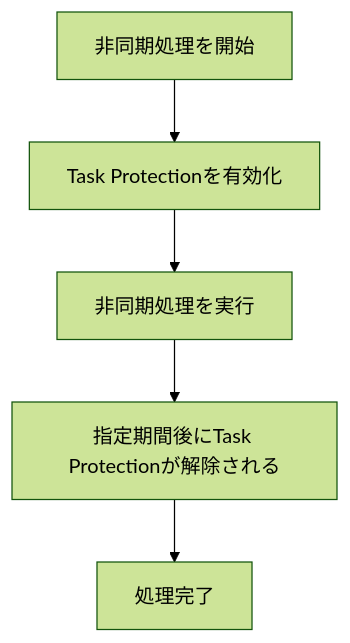
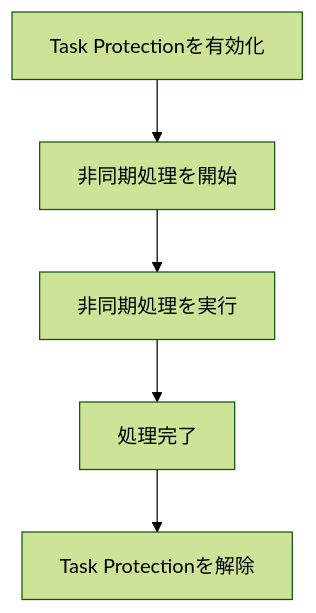
The first of 2 diagrams in articles/4ee7406b7dcaa7.md (tttol/zenn-writing), drawn with Mermaid (forest theme) before and after one commit. The commit also changed other lines of this file, not shown here.

````diff
--- a/articles/4ee7406b7dcaa7.md
+++ b/articles/4ee7406b7dcaa7.md
@@ -91,7 +101,7 @@
 ```mermaid
 flowchart TD
-    A["非同期処理を開始"] --> B["Task Protectionを有効化"]
+    A["Task Protectionを有効化"] --> B["非同期処理を開始"]
     B --> C["非同期処理を実行"]
-    C --> D["指定期間後にTask Protectionが解除される"]
-    D --> E["処理完了"]
+    C --> D["処理完了"]
+    D --> E["Task Protectionを解除"]
 ```
````
